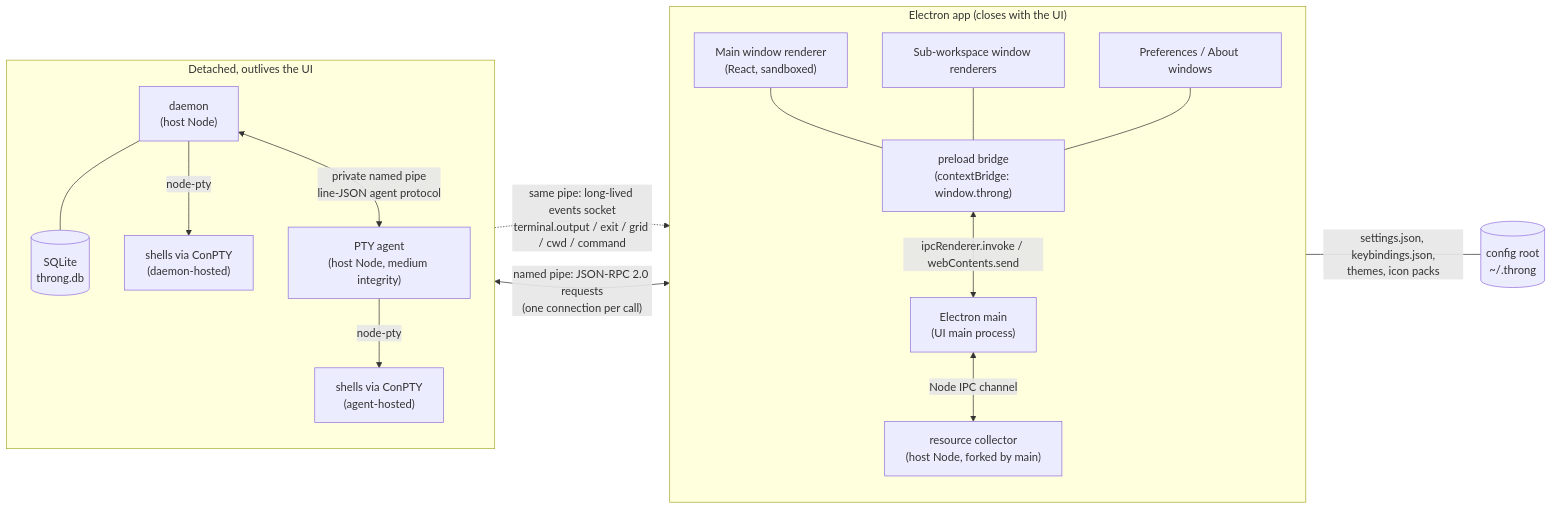
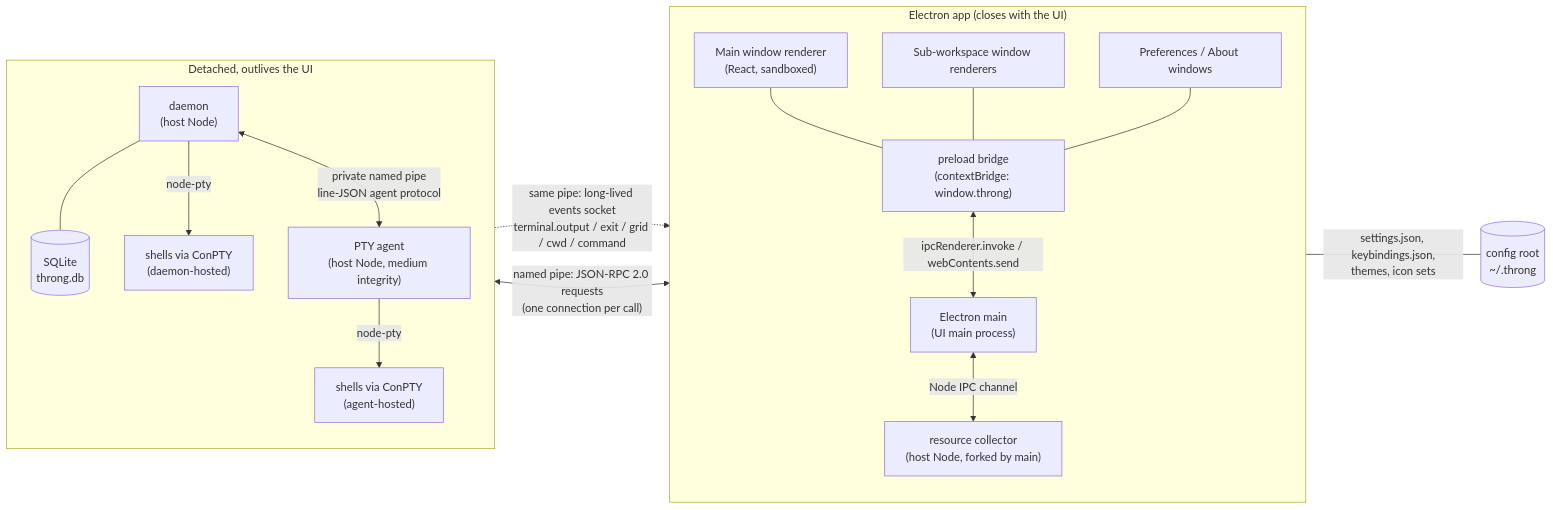
The first of 8 diagrams in docs/architecture.md (Bidthedog/throng), drawn with Mermaid before and after one commit. The commit also changed other lines of this file and 6 other files, not shown here.

First line of the commit message:
docs(069): Document icon sets and the theme colours they bring

````diff
--- a/docs/architecture.md
+++ b/docs/architecture.md
@@ -35,34 +35,34 @@
 ```mermaid
 flowchart LR
   subgraph electron["Electron app (closes with the UI)"]
     direction TB
     R1["Main window renderer<br/>(React, sandboxed)"]
     R2["Sub-workspace window renderers"]
     R3["Preferences / About windows"]
     PL["preload bridge<br/>(contextBridge: window.throng)"]
     M["Electron main<br/>(UI main process)"]
     RC["resource collector<br/>(host Node, forked by main)"]
     M <-->|"Node IPC channel"| RC
     R1 --- PL
     R2 --- PL
     R3 --- PL
     PL <-->|"ipcRenderer.invoke / webContents.send"| M
   end
 
   subgraph background["Detached, outlives the UI"]
     direction TB
     D["daemon<br/>(host Node)"]
     DB[("SQLite<br/>throng.db")]
     A["PTY agent<br/>(host Node, medium integrity)"]
     S1["shells via ConPTY<br/>(daemon-hosted)"]
     S2["shells via ConPTY<br/>(agent-hosted)"]
     D --- DB
     D -->|"node-pty"| S1
     A -->|"node-pty"| S2
   end
 
   M <-->|"named pipe: JSON-RPC 2.0 requests<br/>(one connection per call)"| D
   D -.->|"same pipe: long-lived events socket<br/>terminal.output / exit / grid / cwd / command"| M
   D <-->|"private named pipe<br/>line-JSON agent protocol"| A
-  M ---|"settings.json, keybindings.json,<br/>themes, icon packs"| CFG[("config root<br/>~/.throng")]
+  M ---|"settings.json, keybindings.json,<br/>themes, icon sets"| CFG[("config root<br/>~/.throng")]
 ```
````
